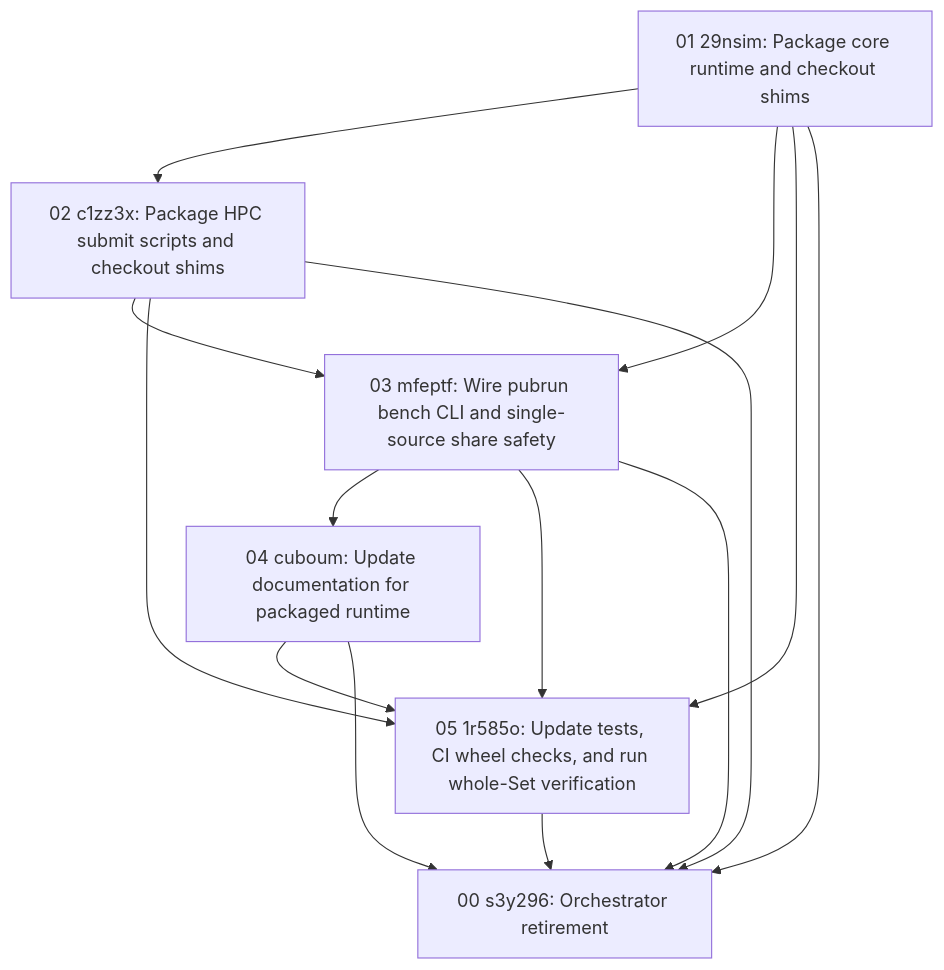
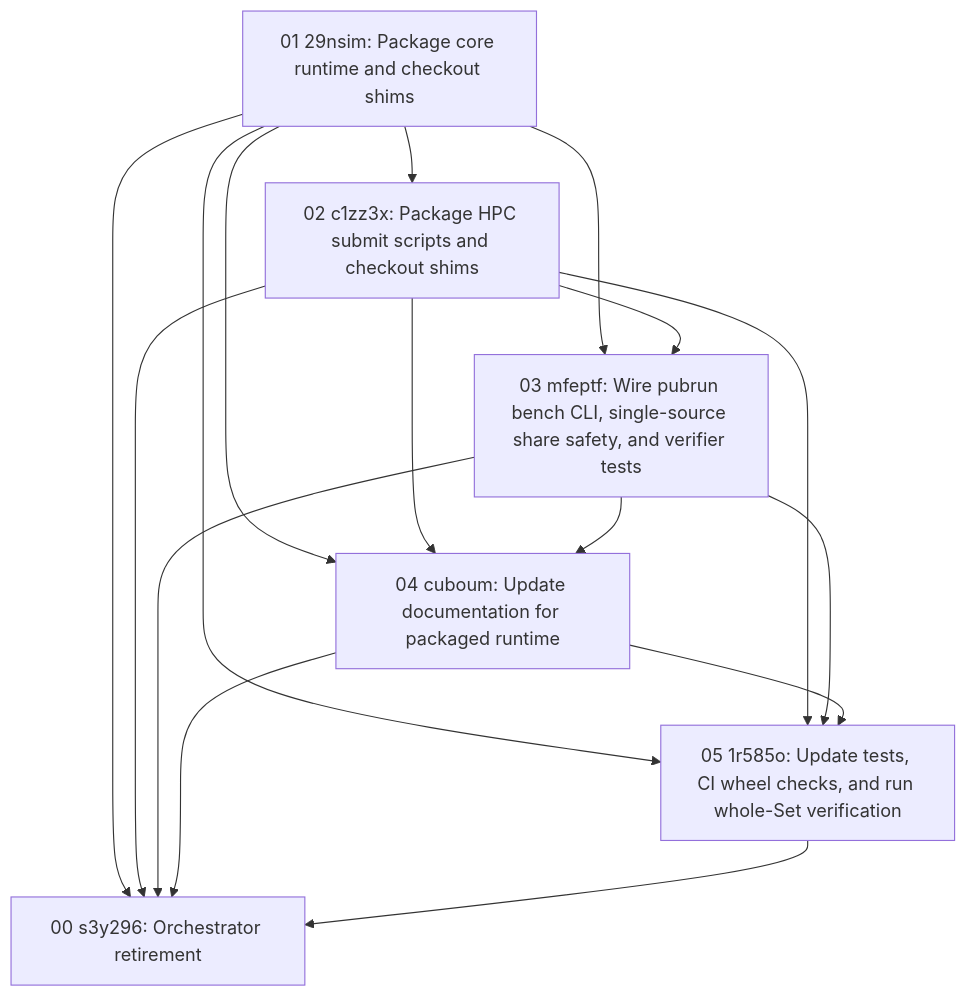
The diagram in .aw/records/plans/pending/20261127-bej1qz-00-s3y296-package-benchmark-runtime-harness-in-wheel.ipd.md (fariello/pubrun), drawn with Mermaid before and after one commit. The commit also changed other lines of this file and 1 other file, not shown here.

````diff
--- a/.aw/records/plans/pending/20261127-bej1qz-00-s3y296-package-benchmark-runtime-harness-in-wheel.ipd.md
+++ b/.aw/records/plans/pending/20261127-bej1qz-00-s3y296-package-benchmark-runtime-harness-in-wheel.ipd.md
@@ -40,23 +44,25 @@
 ```mermaid
 flowchart TD
     C1["01 29nsim: Package core runtime and checkout shims"]
     C2["02 c1zz3x: Package HPC submit scripts and checkout shims"]
-    C3["03 mfeptf: Wire pubrun bench CLI and single-source share safety"]
+    C3["03 mfeptf: Wire pubrun bench CLI, single-source share safety, and verifier tests"]
     C4["04 cuboum: Update documentation for packaged runtime"]
     C5["05 1r585o: Update tests, CI wheel checks, and run whole-Set verification"]
     ORCH["00 s3y296: Orchestrator retirement"]
 
     C1 --> C2
     C1 --> C3
     C2 --> C3
+    C1 --> C4
+    C2 --> C4
     C3 --> C4
     C1 --> C5
     C2 --> C5
     C3 --> C5
     C4 --> C5
     C1 --> ORCH
     C2 --> ORCH
     C3 --> ORCH
     C4 --> ORCH
     C5 --> ORCH
 ```
````
